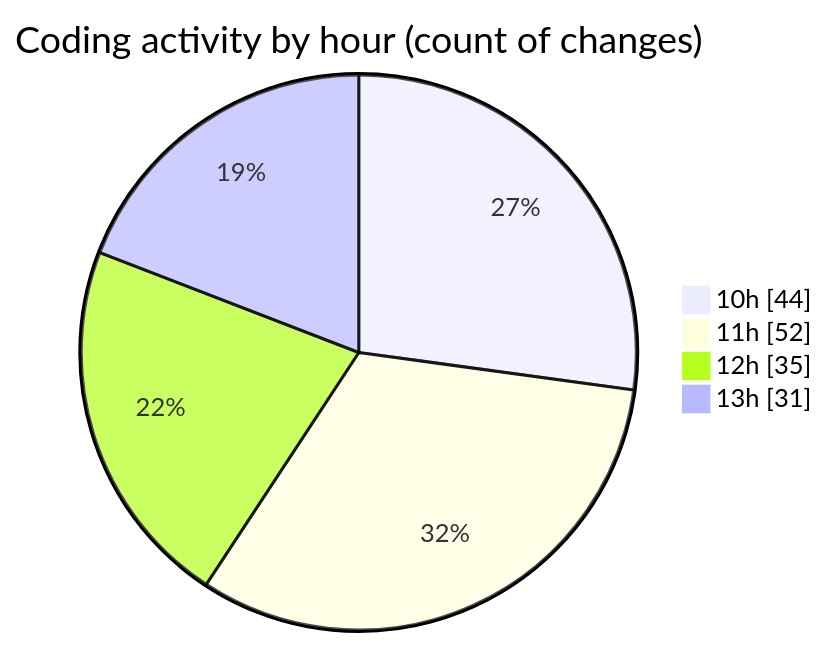
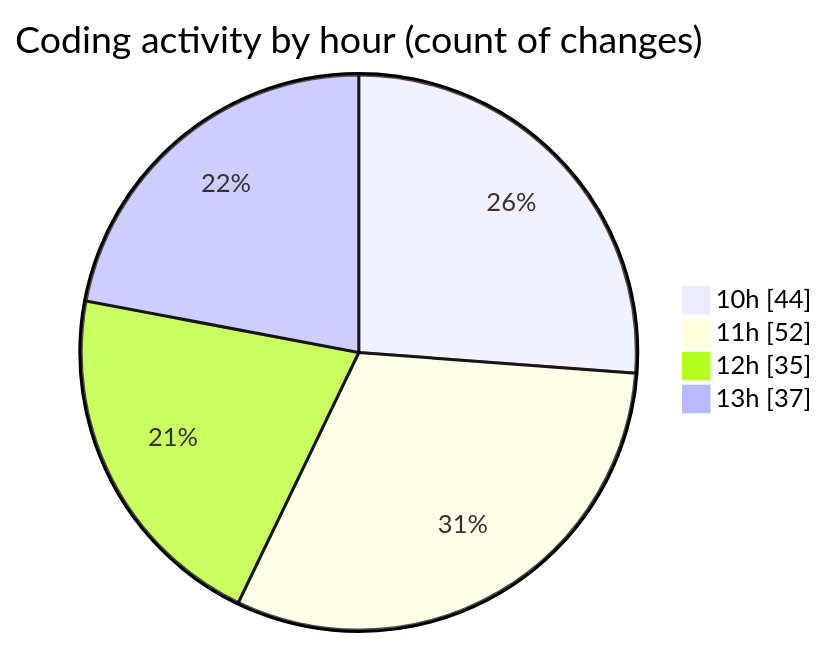
One commit to momahboobian/code-tracking changed the second of 2 diagrams in 2025-08-28/cda/README.md. Above: the diagram before and after it, drawn with Mermaid. The commit also changed other lines of this file and 1 other file, not shown here.

````diff
--- a/2025-08-28/cda/README.md
+++ b/2025-08-28/cda/README.md
@@ -35,8 +35,8 @@
 ```mermaid
 pie showData
 title Coding activity by hour (count of changes)
 "10h" : 44
 "11h" : 52
 "12h" : 35
-"13h" : 31
+"13h" : 37
 ```
````
